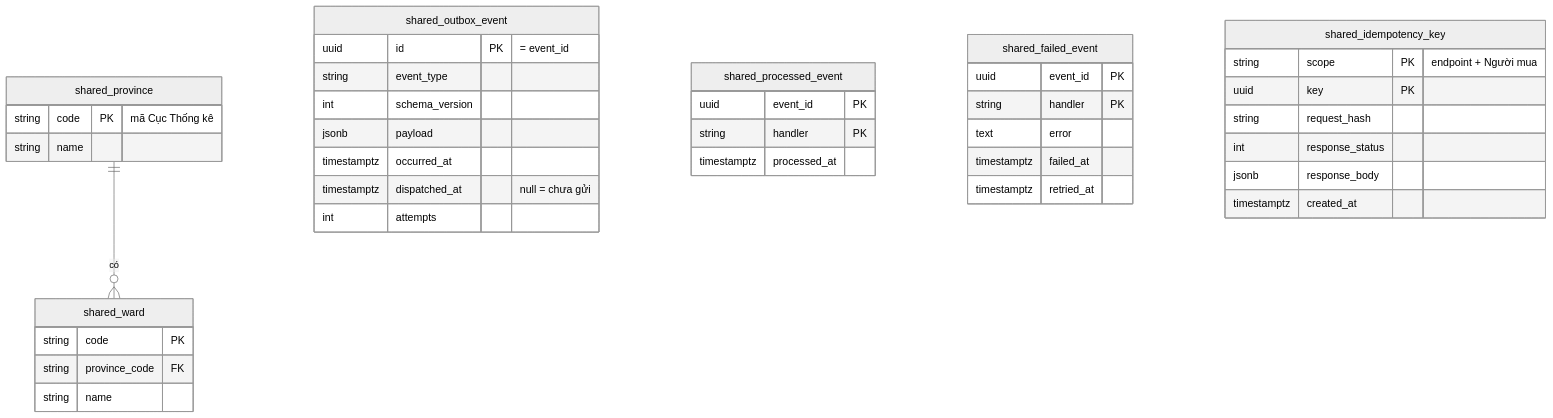
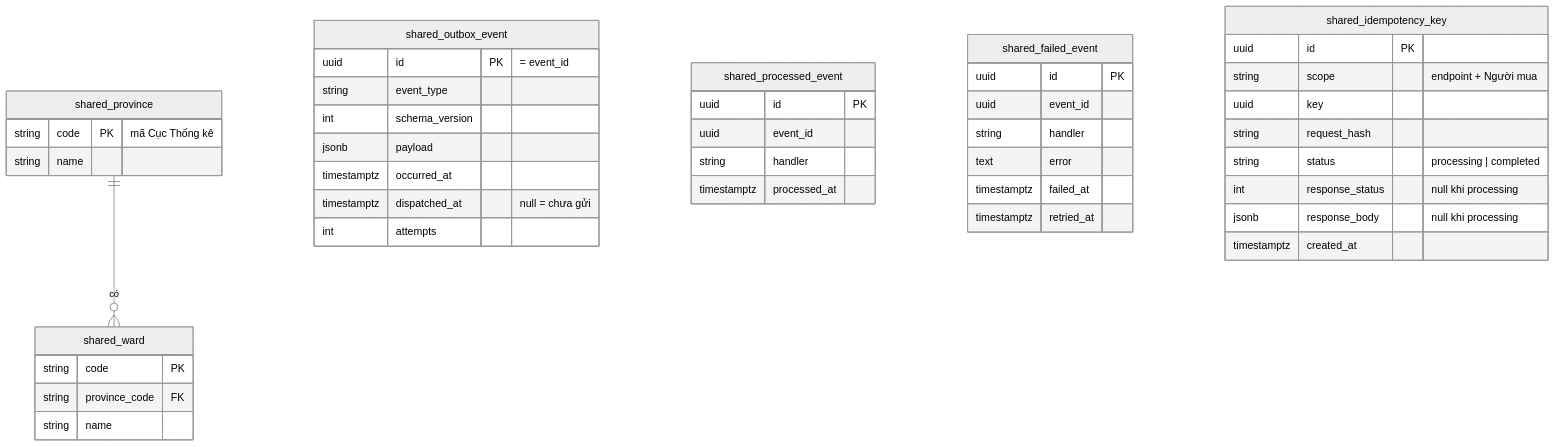
Before and after one commit to LuongCongThanh/boilerplate-ecommerce-next-16: the first of 9 diagrams in docs/architecture/03-data-model.md, drawn with Mermaid (neutral theme). The commit also changed other lines of this file and 16 other files, not shown here.

First line of the commit message:
docs: fix architecture gaps in locking, idempotency, tasks and API ownership

````diff
--- a/docs/architecture/03-data-model.md
+++ b/docs/architecture/03-data-model.md
@@ -8,42 +10,46 @@
 ```mermaid
 erDiagram
     shared_province ||--o{ shared_ward : "có"
     shared_province {
         string code PK "mã Cục Thống kê"
         string name
     }
     shared_ward {
         string code PK
         string province_code FK
         string name
     }
     shared_outbox_event {
         uuid id PK "= event_id"
         string event_type
         int schema_version
         jsonb payload
         timestamptz occurred_at
         timestamptz dispatched_at "null = chưa gửi"
         int attempts
     }
     shared_processed_event {
-        uuid event_id PK
-        string handler PK
+        uuid id PK
+        uuid event_id
+        string handler
         timestamptz processed_at
     }
     shared_failed_event {
-        uuid event_id PK
-        string handler PK
+        uuid id PK
+        uuid event_id
+        string handler
         text error
         timestamptz failed_at
         timestamptz retried_at
     }
     shared_idempotency_key {
-        string scope PK "endpoint + Người mua"
-        uuid key PK
+        uuid id PK
+        string scope "endpoint + Người mua"
+        uuid key
         string request_hash
-        int response_status
-        jsonb response_body
+        string status "processing | completed"
+        int response_status "null khi processing"
+        jsonb response_body "null khi processing"
         timestamptz created_at
     }
 ```
````
